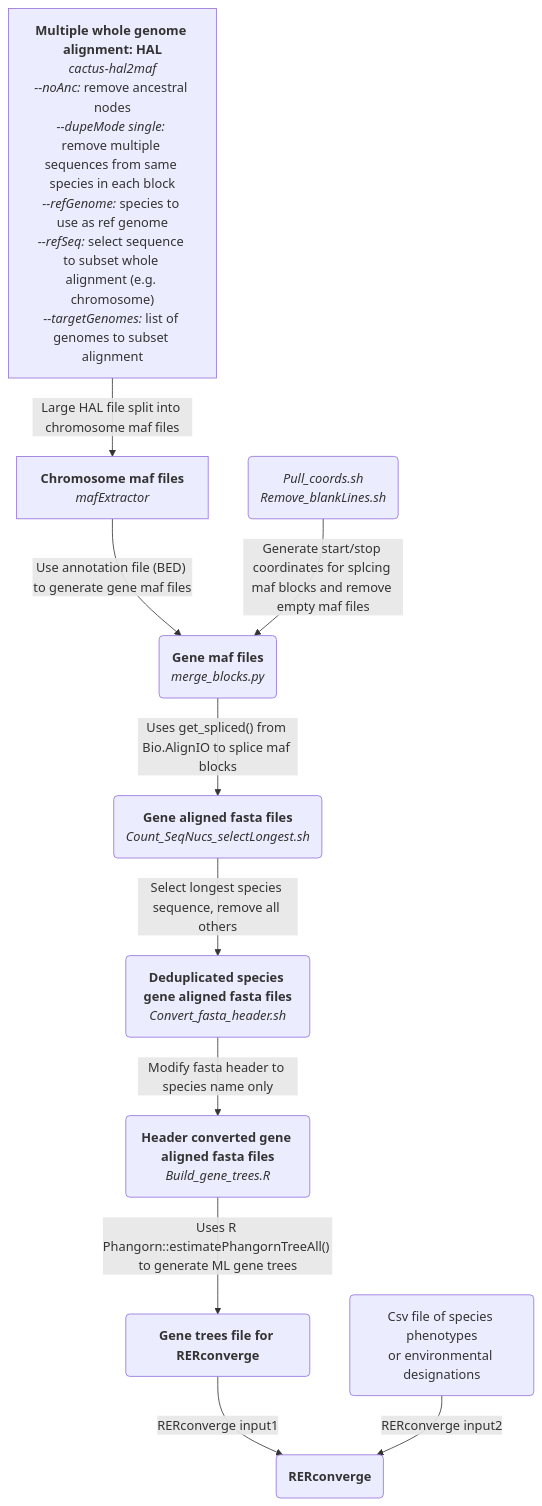
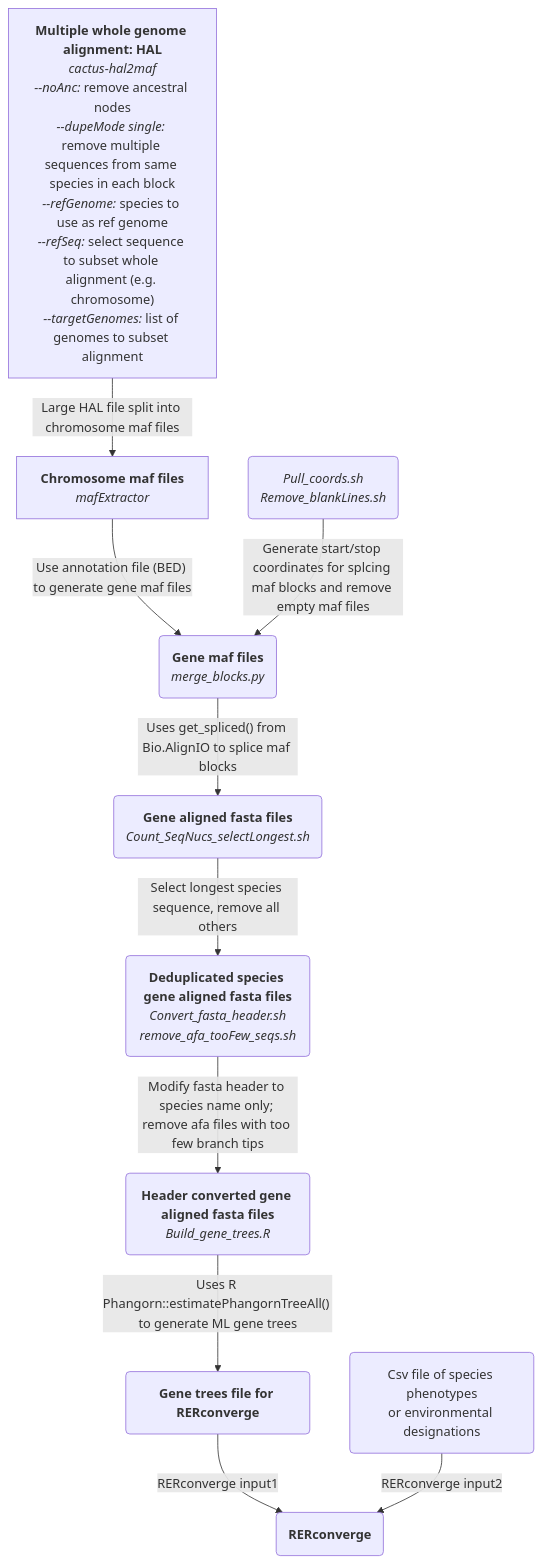
The diagram in README.md (mileswhedbee/RERconverge_pipeline), drawn with Mermaid before and after one commit.

````diff
--- a/README.md
+++ b/README.md
@@ -6,25 +6,26 @@
 ```mermaid
 graph TD;
     A["`**Multiple whole genome alignment: HAL**
        _cactus-hal2maf_
        _--noAnc:_ remove ancestral nodes
        _--dupeMode single:_ remove multiple sequences from same species in each block
        _--refGenome:_ species to use as ref genome
        _--refSeq:_ select sequence to subset whole alignment (e.g. chromosome)
        _--targetGenomes:_ list of genomes to subset alignment`"]--Large HAL file split into chromosome maf files-->B["`**Chromosome maf files**
                                                                                                                     _mafExtractor_`"];
     B--Use annotation file (BED) to generate gene maf files-->C("`**Gene maf files**
                                                                   _merge_blocks.py_`");
     C--Uses get_spliced() from Bio.AlignIO to splice maf blocks-->D("`**Gene aligned fasta files**
                                                                       _Count_SeqNucs_selectLongest.sh_`");
     E("`_Pull_coords.sh_
         _Remove_blankLines.sh_`")--Generate start/stop coordinates for splcing maf blocks and remove empty maf files-->C;
     D--Select longest species sequence, remove all others-->F("`**Deduplicated species gene aligned fasta files**
-                                                                _Convert_fasta_header.sh_`");
-    F--Modify fasta header to species name only-->G("`**Header converted gene aligned fasta files**
+                                                                _Convert_fasta_header.sh_
+                                                                _remove_afa_tooFew_seqs.sh_`");
+    F--Modify fasta header to species name only; remove afa files with too few branch tips-->G("`**Header converted gene aligned fasta files**
                                                       _Build_gene_trees.R_`");
     G--Uses R Phangorn::estimatePhangornTreeAll() to generate ML gene trees-->H("`**Gene trees file for RERconverge**`");
     H--RERconverge input1-->J("`**RERconverge**`");
     I("`Csv file of species phenotypes
         or environmental designations`")--RERconverge input2-->J;
 ```
````
